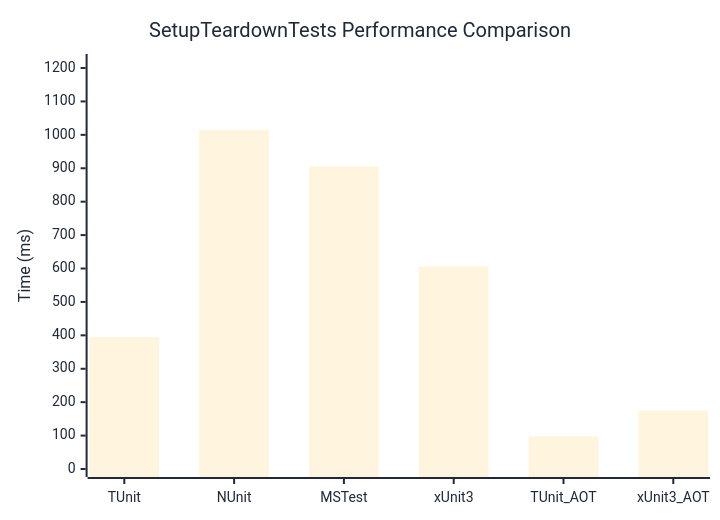
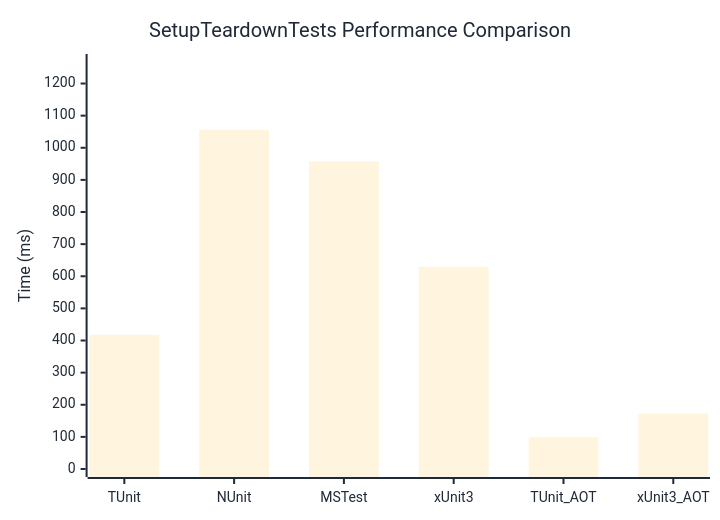
One commit to thomhurst/TUnit changed the diagram in docs/docs/benchmarks/engine/SetupTeardownTests.md. Above: the diagram before and after it, drawn with Mermaid. The commit also changed other lines of this file and 18 other files, not shown here.

````diff
--- a/docs/docs/benchmarks/engine/SetupTeardownTests.md
+++ b/docs/docs/benchmarks/engine/SetupTeardownTests.md
@@ -30,37 +30,37 @@
 ```mermaid
 %%{init: {
   'theme':'base',
   'themeVariables': {
     'primaryColor': '#2563eb',
     'primaryTextColor': '#1f2937',
     'primaryBorderColor': '#1e40af',
     'lineColor': '#6b7280',
     'secondaryColor': '#7c3aed',
     'tertiaryColor': '#dc2626',
     'background': '#ffffff',
     'mainBkg': '#2563eb',
     'secondBkg': '#7c3aed',
     'tertiaryBkg': '#dc2626',
     'clusterBkg': '#f3f4f6',
     'edgeLabelBackground': '#ffffff',
     'tertiaryTextColor': '#1f2937',
     'pie1': '#2563eb',
     'pie2': '#7c3aed',
     'pie3': '#dc2626',
     'pie4': '#f59e0b',
     'pie5': '#10b981',
     'pie6': '#06b6d4',
     'pie7': '#ec4899',
     'pie8': '#6366f1',
     'pie9': '#84cc16',
     'pie10': '#f97316',
     'pie11': '#14b8a6',
     'pie12': '#a855f7'
   }
 }}%%
 xychart-beta
   title "SetupTeardownTests Performance Comparison"
   x-axis ["TUnit", "NUnit", "MSTest", "xUnit3", "TUnit_AOT", "xUnit3_AOT"]
-  y-axis "Time (ms)" 0 --> 1218
-  bar [394.82, 1014.65, 905.35, 606.14, 97.65, 174.69]
+  y-axis "Time (ms)" 0 --> 1267
+  bar [417.83, 1055.8, 957.01, 629.5, 98.45, 172.56]
 ```
````
